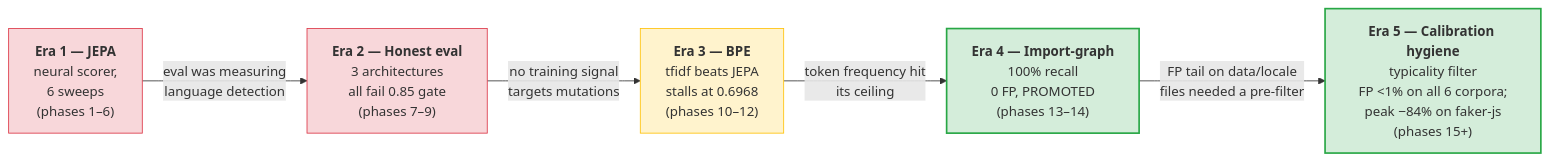
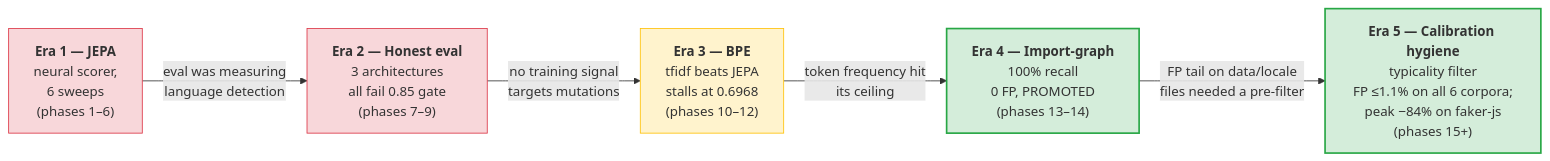
The first of 4 diagrams in docs/research/README.md (get-tmonier/argot), drawn with Mermaid before and after one commit. The commit also changed other lines of this file and 4 other files, not shown here.

````diff
--- a/docs/research/README.md
+++ b/docs/research/README.md
@@ -17,20 +17,20 @@
 ```mermaid
 flowchart LR
     E1["<b>Era 1 — JEPA</b><br/>neural scorer,<br/>6 sweeps<br/>(phases 1–6)"]
     E2["<b>Era 2 — Honest eval</b><br/>3 architectures<br/>all fail 0.85 gate<br/>(phases 7–9)"]
     E3["<b>Era 3 — BPE</b><br/>tfidf beats JEPA<br/>stalls at 0.6968<br/>(phases 10–12)"]
     E4["<b>Era 4 — Import-graph</b><br/>100% recall<br/>0 FP, PROMOTED<br/>(phases 13–14)"]
 
     E1 -->|"eval was measuring<br/>language detection"| E2
     E2 -->|"no training signal<br/>targets mutations"| E3
     E3 -->|"token frequency hit<br/>its ceiling"| E4
     E4 -->|"FP tail on data/locale<br/>files needed a pre-filter"| E5
 
-    E5["<b>Era 5 — Calibration hygiene</b><br/>typicality filter<br/>FP <1% on all 6 corpora;<br/>peak −84% on faker-js<br/>(phases 15+)"]
+    E5["<b>Era 5 — Calibration hygiene</b><br/>typicality filter<br/>FP ≤1.1% on all 6 corpora;<br/>peak −84% on faker-js<br/>(phases 15+)"]
 
     style E4 fill:#d4edda,stroke:#28a745,stroke-width:2px
     style E5 fill:#d4edda,stroke:#28a745,stroke-width:2px
     style E1 fill:#f8d7da,stroke:#dc3545
     style E2 fill:#f8d7da,stroke:#dc3545
     style E3 fill:#fff3cd,stroke:#ffc107
 ```
````
